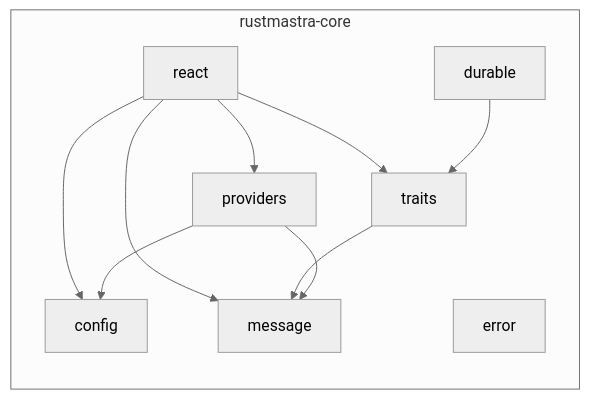
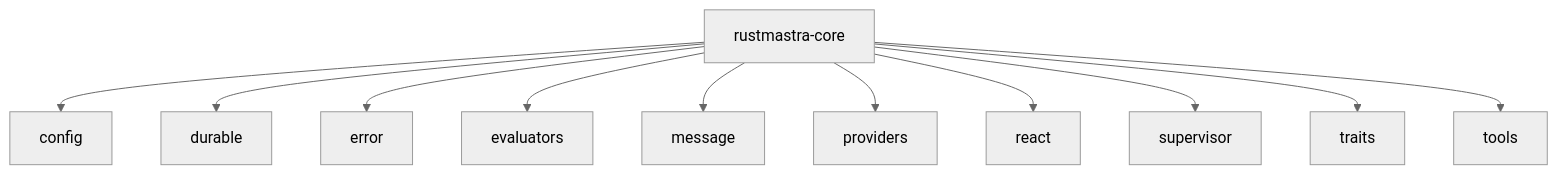
Before and after one commit to Van-Nice/van-swarm: the first of 9 diagrams in documentation/architecture/01-core.md, drawn with Mermaid (neutral theme). The commit also changed other lines of this file and 19 other files, not shown here.

````diff
--- a/documentation/architecture/01-core.md
+++ b/documentation/architecture/01-core.md
@@ -7,21 +7,24 @@
 ```mermaid
-flowchart LR
-    subgraph core["rustmastra-core"]
-        config[config]
-        error[error]
-        message[message]
-        traits[traits]
-        providers[providers]
-        react[react]
-        durable[durable]
-    end
-
-    react --> config
-    react --> message
-    react --> traits
-    react --> providers
-    durable --> traits
-    traits --> message
-    providers --> config
-    providers --> message
+flowchart TD
+  rustmastra_core["rustmastra-core"]
+  config["config"]
+  durable["durable"]
+  error["error"]
+  evaluators["evaluators"]
+  message["message"]
+  providers["providers"]
+  react["react"]
+  supervisor["supervisor"]
+  traits["traits"]
+  tools["tools"]
+  rustmastra_core --> config
+  rustmastra_core --> durable
+  rustmastra_core --> error
+  rustmastra_core --> evaluators
+  rustmastra_core --> message
+  rustmastra_core --> providers
+  rustmastra_core --> react
+  rustmastra_core --> supervisor
+  rustmastra_core --> traits
+  rustmastra_core --> tools
 ```
````
